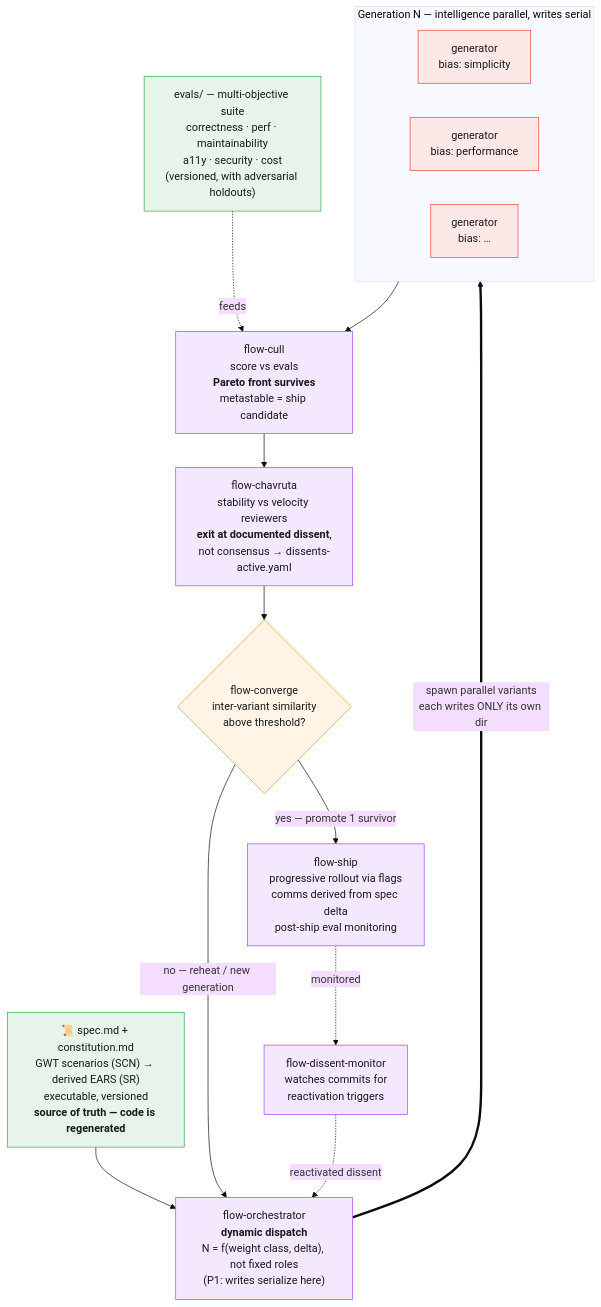
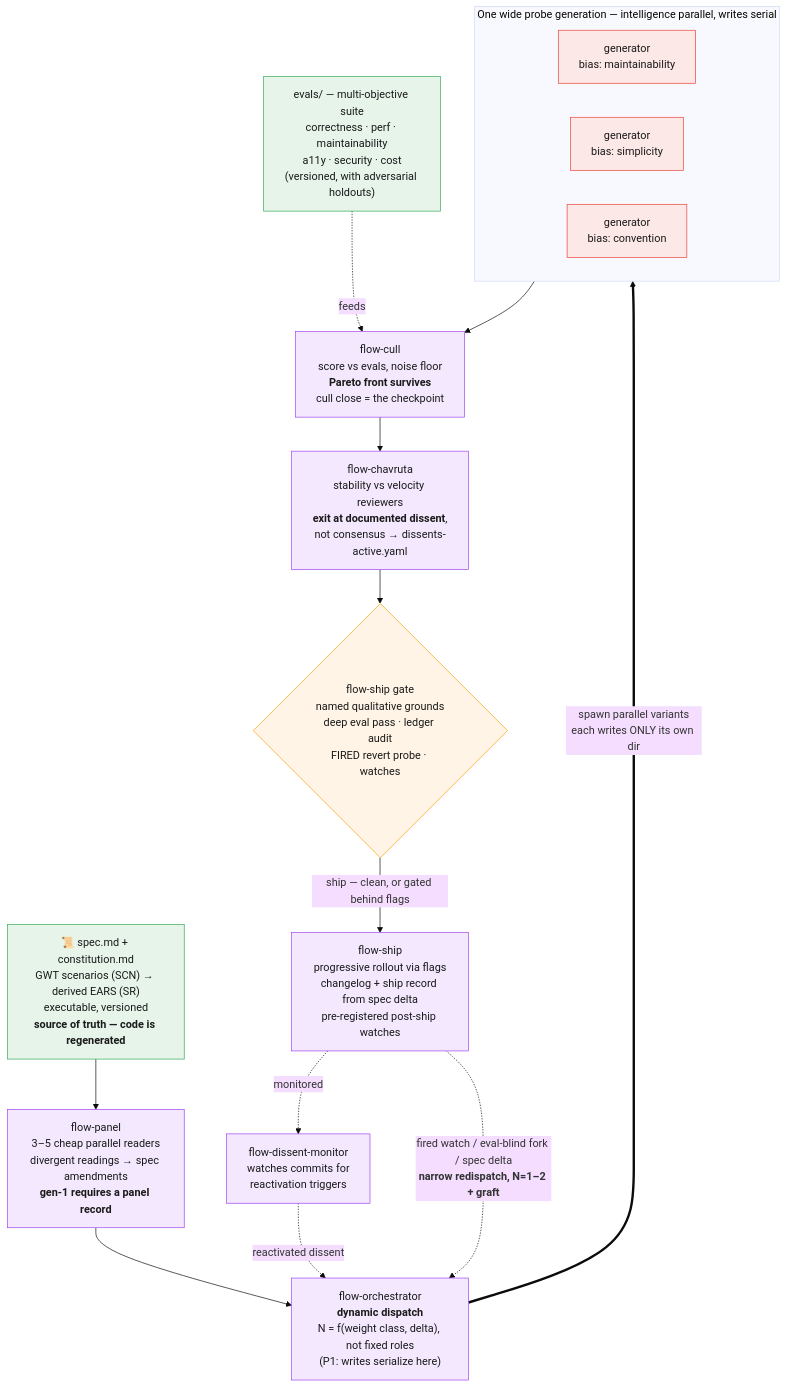
One commit to shinytoyrobots/agentic-delivery-suites changed the second of 2 diagrams in delivery-team-vs-flow.md. Above: the diagram before and after it, drawn with Mermaid (base theme). The commit also changed other lines of this file and 31 other files, not shown here.

First line of the commit message:
sync(flow): port the field-evidence operating doctrine + checkpoint drift guards (#4)

````diff
--- a/delivery-team-vs-flow.md
+++ b/delivery-team-vs-flow.md
@@ -75,44 +80,47 @@
 ```mermaid
 flowchart TD
     SPEC["📜 spec.md + constitution.md<br/>GWT scenarios (SCN) → derived EARS (SR)<br/>executable, versioned<br/><b>source of truth — code is regenerated</b>"]
     EVAL["evals/ — multi-objective suite<br/>correctness · perf · maintainability<br/>a11y · security · cost<br/>(versioned, with adversarial holdouts)"]
 
-    SPEC --> ORCH
+    SPEC --> PANEL
+
+    PANEL["flow-panel<br/>3–5 cheap parallel readers<br/>divergent readings → spec amendments<br/><b>gen-1 requires a panel record</b>"]
+    PANEL --> ORCH
 
     ORCH["flow-orchestrator<br/><b>dynamic dispatch</b><br/>N = f(weight class, delta), not fixed roles<br/>(P1: writes serialize here)"]
 
-    subgraph GEN["Generation N — intelligence parallel, writes serial"]
+    subgraph GEN["One wide probe generation — intelligence parallel, writes serial"]
         direction LR
-        V1["generator<br/>bias: simplicity"]
-        V2["generator<br/>bias: performance"]
-        V3["generator<br/>bias: …"]
+        V1["generator<br/>bias: maintainability"]
+        V2["generator<br/>bias: simplicity"]
+        V3["generator<br/>bias: convention"]
     end
 
     ORCH ==>|"spawn parallel variants<br/>each writes ONLY its own dir"| GEN
 
-    CULL["flow-cull<br/>score vs evals<br/><b>Pareto front survives</b><br/>metastable = ship candidate"]
+    CULL["flow-cull<br/>score vs evals, noise floor<br/><b>Pareto front survives</b><br/>cull close = the checkpoint"]
     EVAL -.feeds.-> CULL
     GEN --> CULL
 
     CHAV["flow-chavruta<br/>stability vs velocity reviewers<br/><b>exit at documented dissent</b>,<br/>not consensus → dissents-active.yaml"]
     CULL --> CHAV
 
-    CONV{"flow-converge<br/>inter-variant similarity<br/>above threshold?"}
-    CHAV --> CONV
+    GATE{"flow-ship gate<br/>named qualitative grounds<br/>deep eval pass · ledger audit<br/>FIRED revert probe · watches"}
+    CHAV --> GATE
 
-    CONV -->|"no — reheat / new generation"| ORCH
-    CONV -->|"yes — promote 1 survivor"| SHIP["flow-ship<br/>progressive rollout via flags<br/>comms derived from spec delta<br/>post-ship eval monitoring"]
+    GATE -->|"ship — clean, or gated behind flags"| SHIP["flow-ship<br/>progressive rollout via flags<br/>changelog + ship record from spec delta<br/>pre-registered post-ship watches"]
 
     MON["flow-dissent-monitor<br/>watches commits for<br/>reactivation triggers"]
     SHIP -.monitored.-> MON
     MON -.reactivated dissent.-> ORCH
+    SHIP -.->|"fired watch / eval-blind fork / spec delta<br/><b>narrow redispatch, N=1–2 + graft</b>"| ORCH
 
     classDef truth fill:#e6f4ea,stroke:#34a853,color:#1a1a1a;
     classDef agent fill:#f3e8fd,stroke:#a142f4,color:#1a1a1a;
     classDef gen fill:#fce8e6,stroke:#ea4335,color:#1a1a1a;
     classDef decision fill:#fff4e5,stroke:#f59e0b,color:#1a1a1a;
     class SPEC,EVAL truth;
-    class ORCH,CULL,CHAV,SHIP,MON agent;
+    class ORCH,PANEL,CULL,CHAV,SHIP,MON agent;
     class V1,V2,V3 gen;
-    class CONV decision;
+    class GATE decision;
 ```
````
